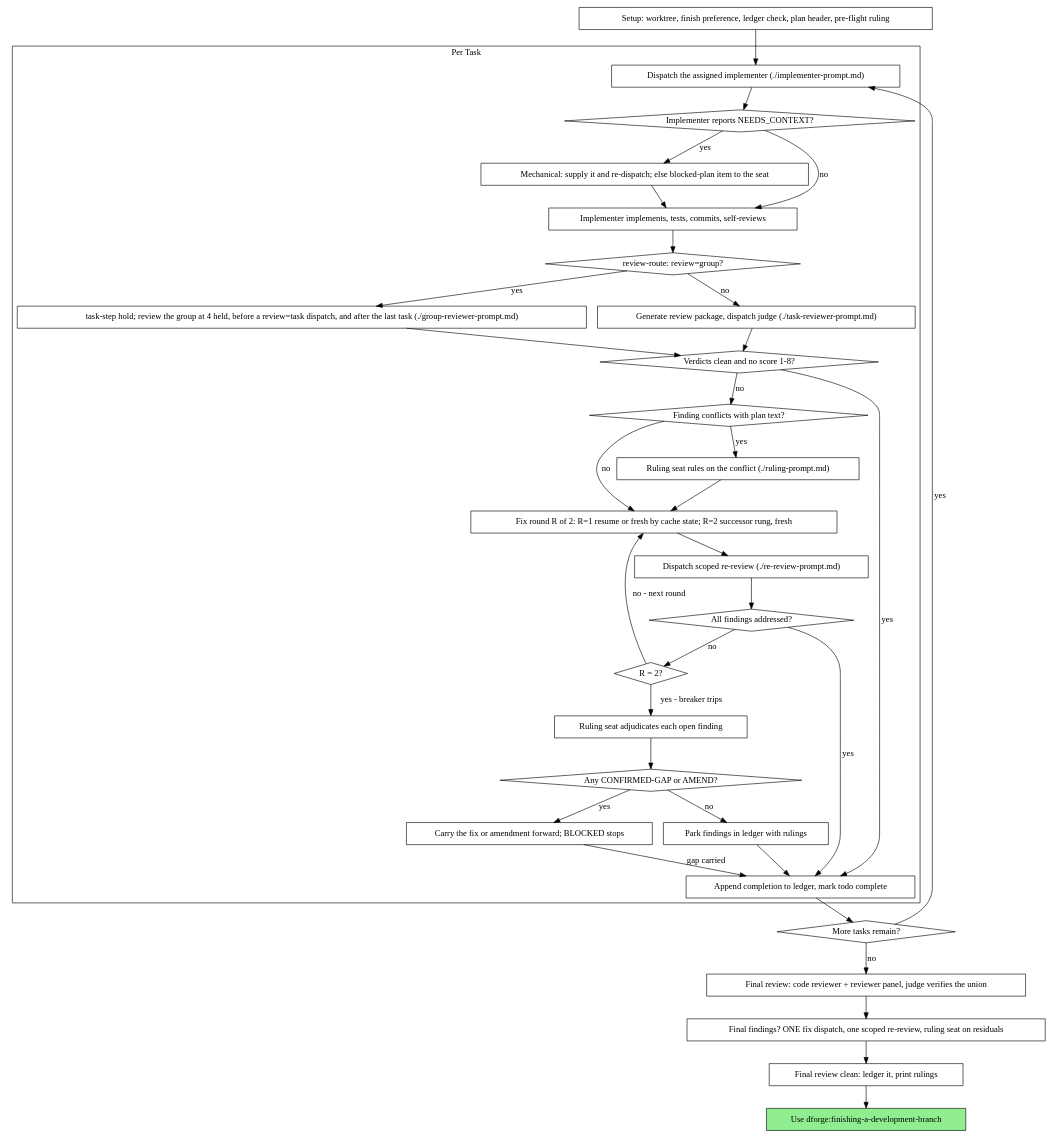
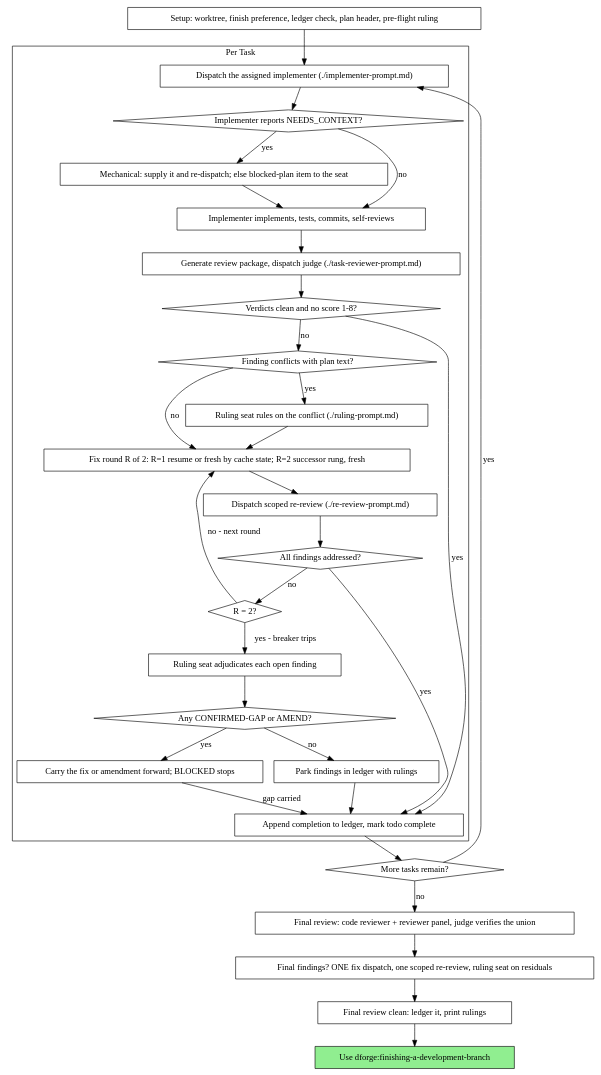
Before and after one commit to darkraise/darkraise-ai-plugins: the diagram in plugins/dforge/skills/subagent-driven-development/references/process-graph.md, drawn with Graphviz. The commit also changed 24 other files, not shown here.

First line of the commit message:
refactor(dforge): remove group review and hold

````diff
--- a/plugins/dforge/skills/subagent-driven-development/references/process-graph.md
+++ b/plugins/dforge/skills/subagent-driven-development/references/process-graph.md
@@ -3,68 +3,63 @@
 ```dot
 digraph process {
     rankdir=TB;
 
     subgraph cluster_per_task {
         label="Per Task";
         "Dispatch the assigned implementer (./implementer-prompt.md)" [shape=box];
         "Implementer reports NEEDS_CONTEXT?" [shape=diamond];
         "Mechanical: supply it and re-dispatch; else blocked-plan item to the seat" [shape=box];
         "Implementer implements, tests, commits, self-reviews" [shape=box];
-        "review-route: review=group?" [shape=diamond];
-        "task-step hold; review the group at 4 held, before a review=task dispatch, and after the last task (./group-reviewer-prompt.md)" [shape=box];
         "Generate review package, dispatch judge (./task-reviewer-prompt.md)" [shape=box];
         "Verdicts clean and no score 1-8?" [shape=diamond];
         "Finding conflicts with plan text?" [shape=diamond];
         "Ruling seat rules on the conflict (./ruling-prompt.md)" [shape=box];
         "Fix round R of 2: R=1 resume or fresh by cache state; R=2 successor rung, fresh" [shape=box];
         "Dispatch scoped re-review (./re-review-prompt.md)" [shape=box];
         "All findings addressed?" [shape=diamond];
         "R = 2?" [shape=diamond];
         "Ruling seat adjudicates each open finding" [shape=box];
         "Any CONFIRMED-GAP or AMEND?" [shape=diamond];
         "Carry the fix or amendment forward; BLOCKED stops" [shape=box];
         "Park findings in ledger with rulings" [shape=box];
         "Append completion to ledger, mark todo complete" [shape=box];
     }
 
     "Setup: worktree, finish preference, ledger check, plan header, pre-flight ruling" [shape=box];
     "More tasks remain?" [shape=diamond];
     "Final review: code reviewer + reviewer panel, judge verifies the union" [shape=box];
     "Final findings? ONE fix dispatch, one scoped re-review, ruling seat on residuals" [shape=box];
     "Final review clean: ledger it, print rulings" [shape=box];
     "Use dforge:finishing-a-development-branch" [shape=box style=filled fillcolor=lightgreen];
 
     "Setup: worktree, finish preference, ledger check, plan header, pre-flight ruling" -> "Dispatch the assigned implementer (./implementer-prompt.md)";
     "Dispatch the assigned implementer (./implementer-prompt.md)" -> "Implementer reports NEEDS_CONTEXT?";
     "Implementer reports NEEDS_CONTEXT?" -> "Mechanical: supply it and re-dispatch; else blocked-plan item to the seat" [label="yes"];
     "Mechanical: supply it and re-dispatch; else blocked-plan item to the seat" -> "Implementer implements, tests, commits, self-reviews";
     "Implementer reports NEEDS_CONTEXT?" -> "Implementer implements, tests, commits, self-reviews" [label="no"];
-    "Implementer implements, tests, commits, self-reviews" -> "review-route: review=group?";
-    "review-route: review=group?" -> "Generate review package, dispatch judge (./task-reviewer-prompt.md)" [label="no"];
-    "review-route: review=group?" -> "task-step hold; review the group at 4 held, before a review=task dispatch, and after the last task (./group-reviewer-prompt.md)" [label="yes"];
-    "task-step hold; review the group at 4 held, before a review=task dispatch, and after the last task (./group-reviewer-prompt.md)" -> "Verdicts clean and no score 1-8?";
+    "Implementer implements, tests, commits, self-reviews" -> "Generate review package, dispatch judge (./task-reviewer-prompt.md)";
     "Generate review package, dispatch judge (./task-reviewer-prompt.md)" -> "Verdicts clean and no score 1-8?";
     "Verdicts clean and no score 1-8?" -> "Append completion to ledger, mark todo complete" [label="yes"];
     "Verdicts clean and no score 1-8?" -> "Finding conflicts with plan text?" [label="no"];
     "Finding conflicts with plan text?" -> "Ruling seat rules on the conflict (./ruling-prompt.md)" [label="yes"];
     "Ruling seat rules on the conflict (./ruling-prompt.md)" -> "Fix round R of 2: R=1 resume or fresh by cache state; R=2 successor rung, fresh";
     "Finding conflicts with plan text?" -> "Fix round R of 2: R=1 resume or fresh by cache state; R=2 successor rung, fresh" [label="no"];
     "Fix round R of 2: R=1 resume or fresh by cache state; R=2 successor rung, fresh" -> "Dispatch scoped re-review (./re-review-prompt.md)";
     "Dispatch scoped re-review (./re-review-prompt.md)" -> "All findings addressed?";
     "All findings addressed?" -> "Append completion to ledger, mark todo complete" [label="yes"];
     "All findings addressed?" -> "R = 2?" [label="no"];
     "R = 2?" -> "Fix round R of 2: R=1 resume or fresh by cache state; R=2 successor rung, fresh" [label="no - next round"];
     "R = 2?" -> "Ruling seat adjudicates each open finding" [label="yes - breaker trips"];
     "Ruling seat adjudicates each open finding" -> "Any CONFIRMED-GAP or AMEND?";
     "Any CONFIRMED-GAP or AMEND?" -> "Carry the fix or amendment forward; BLOCKED stops" [label="yes"];
     "Carry the fix or amendment forward; BLOCKED stops" -> "Append completion to ledger, mark todo complete" [label="gap carried"];
     "Any CONFIRMED-GAP or AMEND?" -> "Park findings in ledger with rulings" [label="no"];
     "Park findings in ledger with rulings" -> "Append completion to ledger, mark todo complete";
     "Append completion to ledger, mark todo complete" -> "More tasks remain?";
     "More tasks remain?" -> "Dispatch the assigned implementer (./implementer-prompt.md)" [label="yes"];
     "More tasks remain?" -> "Final review: code reviewer + reviewer panel, judge verifies the union" [label="no"];
     "Final review: code reviewer + reviewer panel, judge verifies the union" -> "Final findings? ONE fix dispatch, one scoped re-review, ruling seat on residuals";
     "Final findings? ONE fix dispatch, one scoped re-review, ruling seat on residuals" -> "Final review clean: ledger it, print rulings";
     "Final review clean: ledger it, print rulings" -> "Use dforge:finishing-a-development-branch";
 }
 ```
````
